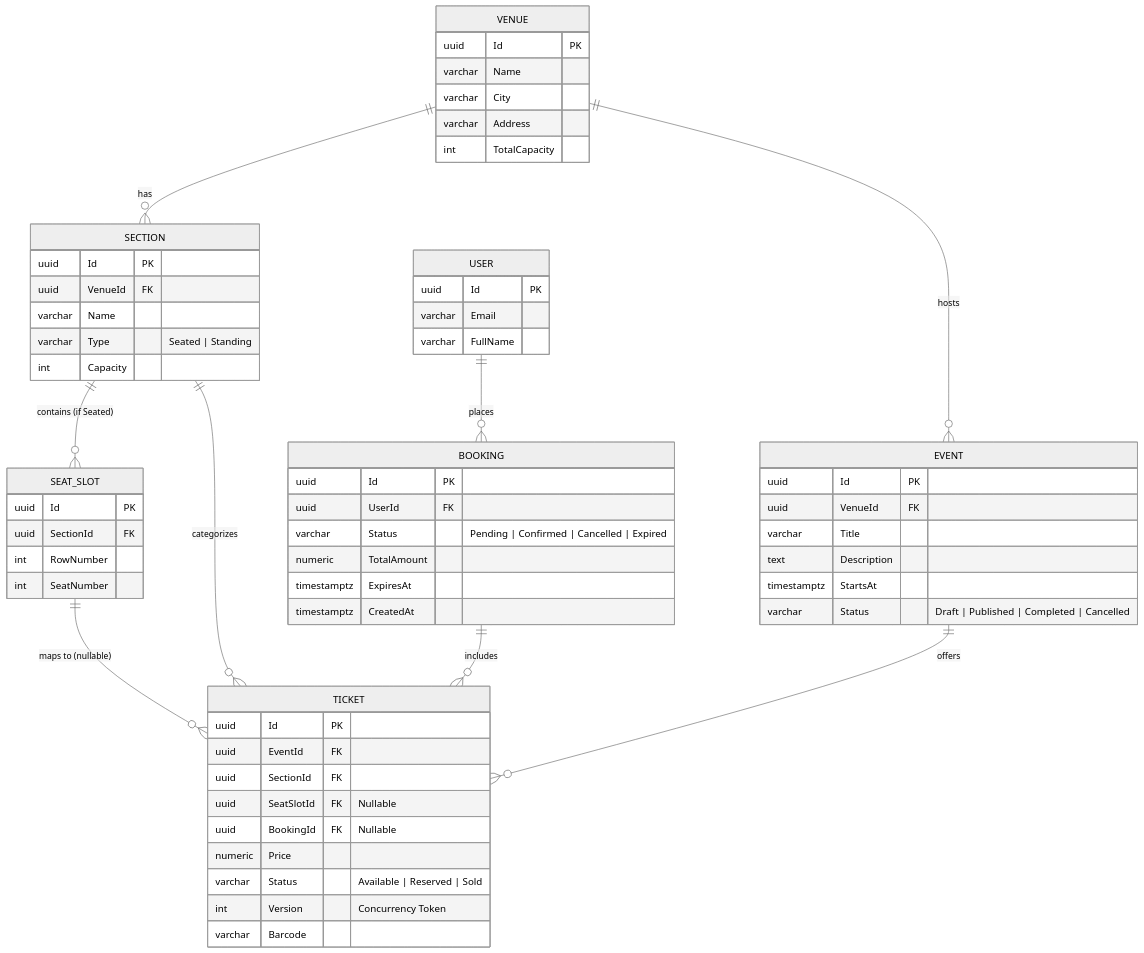
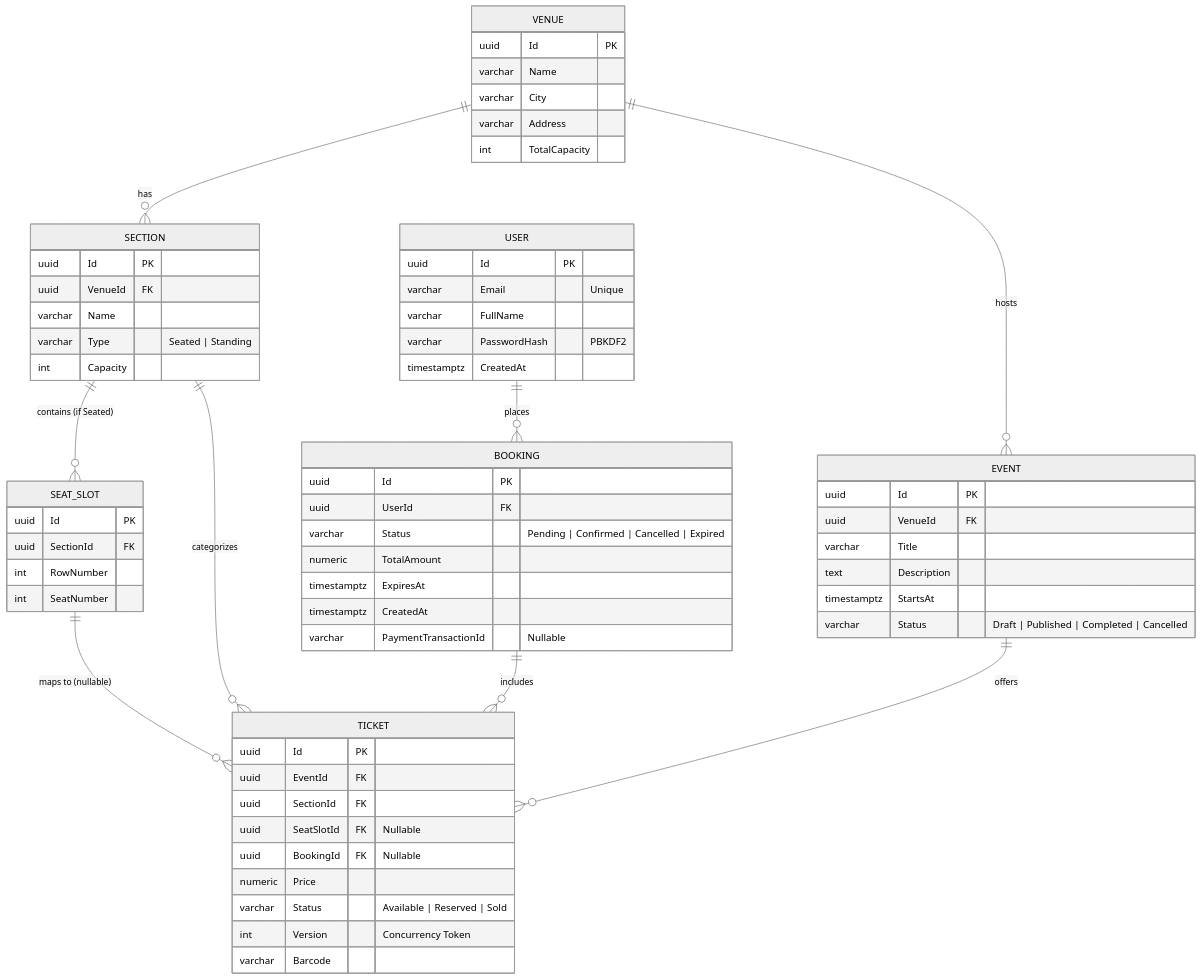
One commit to katushhiaa/ticket-booking-platform changed the second of 2 diagrams in README.md. Above: the diagram before and after it, drawn with Mermaid (neutral theme). The commit also changed other lines of this file and 29 other files, not shown here.

````diff
--- a/README.md
+++ b/README.md
@@ -54,70 +54,73 @@
 ```mermaid
 erDiagram
     VENUE ||--o{ SECTION : "has"
     VENUE ||--o{ EVENT : "hosts"
     SECTION ||--o{ SEAT_SLOT : "contains (if Seated)"
     SECTION ||--o{ TICKET : "categorizes"
     EVENT ||--o{ TICKET : "offers"
     SEAT_SLOT ||--o{ TICKET : "maps to (nullable)"
     USER ||--o{ BOOKING : "places"
     BOOKING ||--o{ TICKET : "includes"
 
     VENUE {
         uuid Id PK
         varchar Name
         varchar City
         varchar Address
         int TotalCapacity
     }
 
     SECTION {
         uuid Id PK
         uuid VenueId FK
         varchar Name
         varchar Type "Seated | Standing"
         int Capacity
     }
 
     SEAT_SLOT {
         uuid Id PK
         uuid SectionId FK
         int RowNumber
         int SeatNumber
     }
 
     EVENT {
         uuid Id PK
         uuid VenueId FK
         varchar Title
         text Description
         timestamptz StartsAt
         varchar Status "Draft | Published | Completed | Cancelled"
     }
 
     TICKET {
         uuid Id PK
         uuid EventId FK
         uuid SectionId FK
         uuid SeatSlotId FK "Nullable"
         uuid BookingId FK "Nullable"
         numeric Price
         varchar Status "Available | Reserved | Sold"
         int Version "Concurrency Token"
         varchar Barcode
     }
 
     BOOKING {
         uuid Id PK
         uuid UserId FK
         varchar Status "Pending | Confirmed | Cancelled | Expired"
         numeric TotalAmount
         timestamptz ExpiresAt
         timestamptz CreatedAt
+        varchar PaymentTransactionId "Nullable"
     }
 
     USER {
         uuid Id PK
-        varchar Email
+        varchar Email "Unique"
         varchar FullName
+        varchar PasswordHash "PBKDF2"
+        timestamptz CreatedAt
     }
 ```
````
